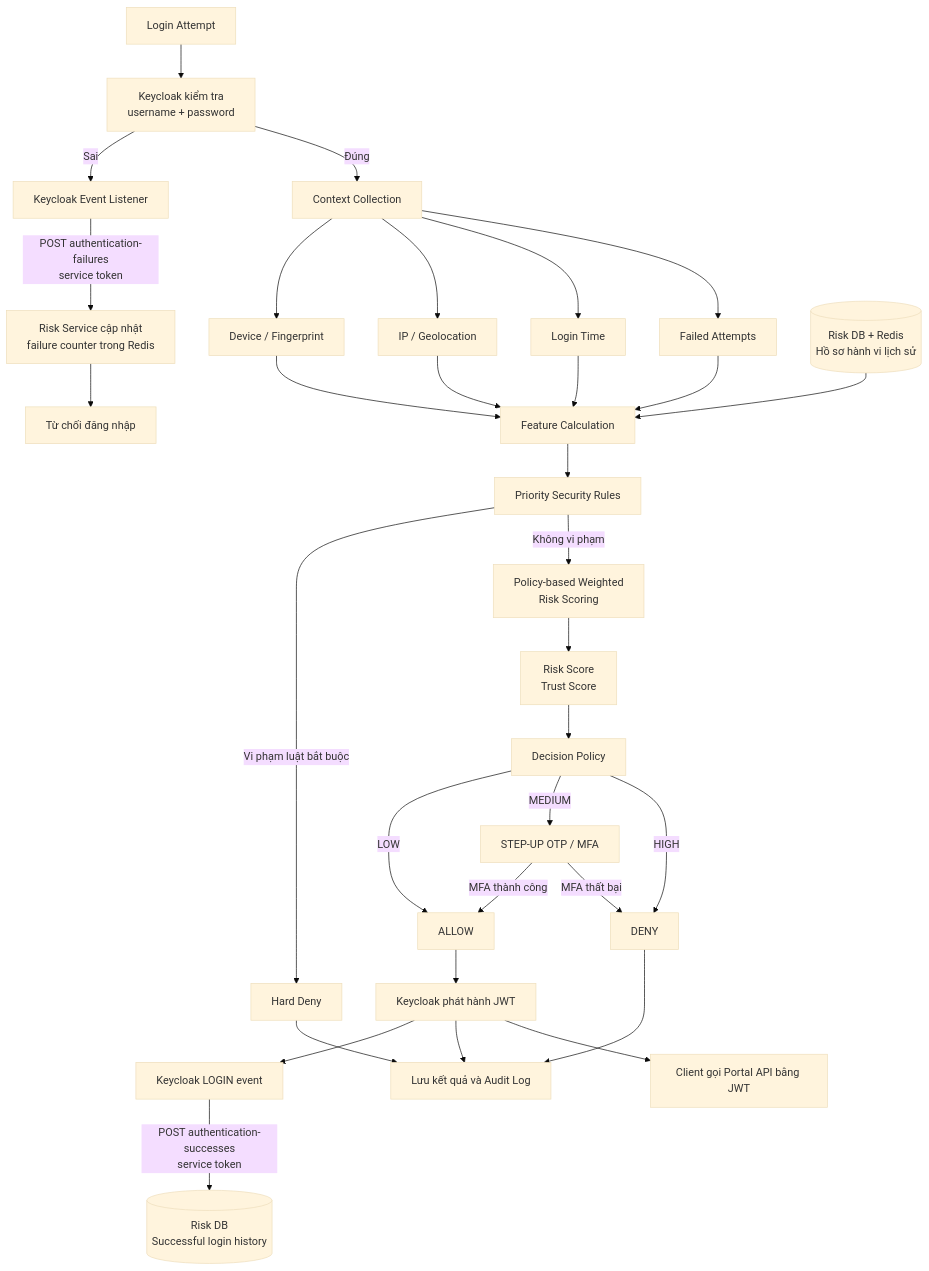
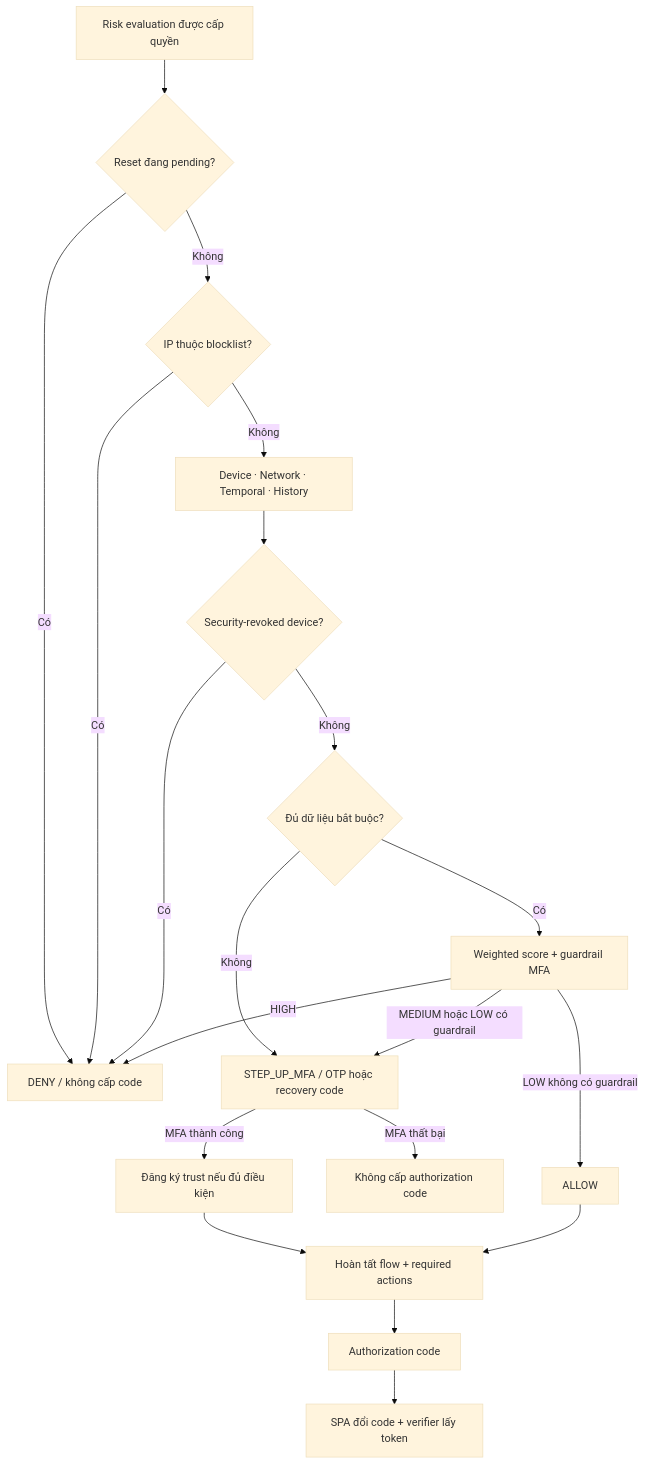
The third of 3 diagrams in ARCHITECTURE.md (NguyenTruong-An/zerotrust), drawn with Mermaid (base theme) before and after one commit. The commit also changed other lines of this file and 132 other files, not shown here.

````diff
--- a/ARCHITECTURE.md
+++ b/ARCHITECTURE.md
@@ -54,45 +117,22 @@
 ```mermaid
-flowchart TB
-    LOGIN["Login Attempt"] --> PRIMARY["Keycloak kiểm tra<br/>username + password"]
-
-    PRIMARY -->|"Sai"| EVENT["Keycloak Event Listener"]
-    EVENT -->|"POST authentication-failures<br/>service token"| COUNTER["Risk Service cập nhật<br/>failure counter trong Redis"]
-    COUNTER --> REJECT["Từ chối đăng nhập"]
-
-    PRIMARY -->|"Đúng"| CONTEXT["Context Collection"]
-
-    CONTEXT --> DEVICE["Device / Fingerprint"]
-    CONTEXT --> NETWORK["IP / Geolocation"]
-    CONTEXT --> TIME["Login Time"]
-    CONTEXT --> FAILURE["Failed Attempts"]
-
-    DEVICE --> FEATURES["Feature Calculation"]
-    NETWORK --> FEATURES
-    TIME --> FEATURES
-    FAILURE --> FEATURES
-    HISTORY[("Risk DB + Redis<br/>Hồ sơ hành vi lịch sử")] --> FEATURES
-
-    FEATURES --> RULES["Priority Security Rules"]
-
-    RULES -->|"Vi phạm luật bắt buộc"| HARD["Hard Deny"]
-    RULES -->|"Không vi phạm"| SCORE["Policy-based Weighted<br/>Risk Scoring"]
-
-    SCORE --> RESULT["Risk Score<br/>Trust Score"]
-    RESULT --> POLICY["Decision Policy"]
-
-    POLICY -->|"LOW"| ALLOW["ALLOW"]
-    POLICY -->|"MEDIUM"| MFA["STEP-UP OTP / MFA"]
-    POLICY -->|"HIGH"| DENY["DENY"]
-
-    MFA -->|"MFA thành công"| ALLOW
-    MFA -->|"MFA thất bại"| DENY
-
-    ALLOW --> TOKEN["Keycloak phát hành JWT"]
-    TOKEN --> SUCCESS_EVENT["Keycloak LOGIN event"]
-    SUCCESS_EVENT -->|"POST authentication-successes<br/>service token"| LOGIN_HISTORY[("Risk DB<br/>Successful login history")]
-    HARD --> AUDIT["Lưu kết quả và Audit Log"]
-    DENY --> AUDIT
-    TOKEN --> AUDIT
-
-    TOKEN --> API["Client gọi Portal API bằng JWT"]
+flowchart TD
+    IN["Risk evaluation được cấp quyền"] --> PENDING{"Reset đang pending?"}
+    PENDING -->|"Có"| DENY["DENY / không cấp code"]
+    PENDING -->|"Không"| IP{"IP thuộc blocklist?"}
+    IP -->|"Có"| DENY
+    IP -->|"Không"| F["Device · Network · Temporal · History"]
+    F --> REV{"Security-revoked device?"}
+    REV -->|"Có"| DENY
+    REV -->|"Không"| COMPLETE{"Đủ dữ liệu bắt buộc?"}
+    COMPLETE -->|"Không"| MFA["STEP_UP_MFA / OTP hoặc recovery code"]
+    COMPLETE -->|"Có"| SCORE["Weighted score + guardrail MFA"]
+    SCORE -->|"HIGH"| DENY
+    SCORE -->|"MEDIUM hoặc LOW có guardrail"| MFA
+    SCORE -->|"LOW không có guardrail"| ALLOW["ALLOW"]
+    MFA -->|"MFA thất bại"| FAIL["Không cấp authorization code"]
+    MFA -->|"MFA thành công"| REG["Đăng ký trust nếu đủ điều kiện"]
+    REG --> FIN["Hoàn tất flow + required actions"]
+    ALLOW --> FIN
+    FIN --> CODE["Authorization code"]
+    CODE --> TOKEN["SPA đổi code + verifier lấy token"]
 ```
````
